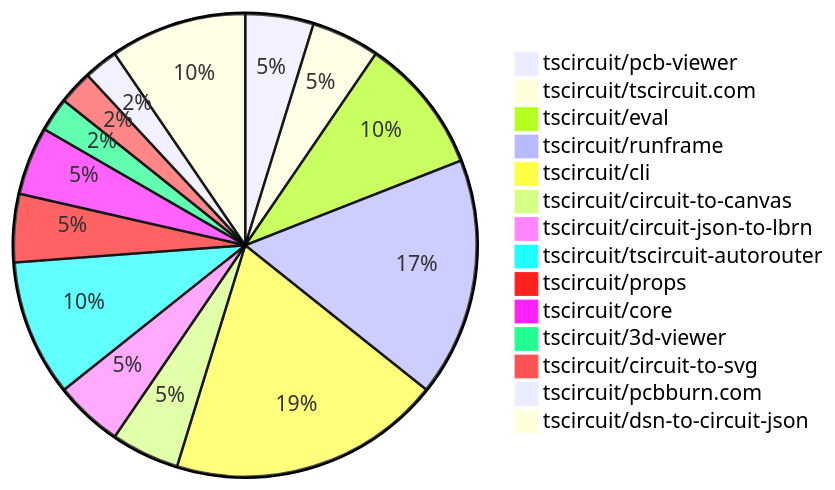
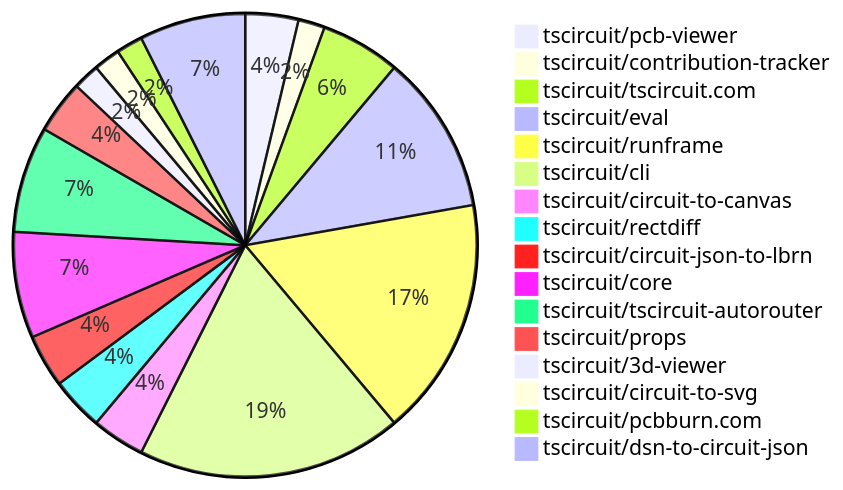
The first of 2 diagrams in README.md (tscircuit/contribution-tracker), drawn with Mermaid before and after one commit. The commit also changed other lines of this file and 3 other files, not shown here.

````diff
--- a/README.md
+++ b/README.md
@@ -37,17 +37,19 @@
 ```mermaid
 pie
     "tscircuit/pcb-viewer" : 2
-    "tscircuit/tscircuit.com" : 2
-    "tscircuit/eval" : 4
-    "tscircuit/runframe" : 7
-    "tscircuit/cli" : 8
+    "tscircuit/contribution-tracker" : 1
+    "tscircuit/tscircuit.com" : 3
+    "tscircuit/eval" : 6
+    "tscircuit/runframe" : 9
+    "tscircuit/cli" : 10
     "tscircuit/circuit-to-canvas" : 2
+    "tscircuit/rectdiff" : 2
     "tscircuit/circuit-json-to-lbrn" : 2
+    "tscircuit/core" : 4
     "tscircuit/tscircuit-autorouter" : 4
     "tscircuit/props" : 2
-    "tscircuit/core" : 2
     "tscircuit/3d-viewer" : 1
     "tscircuit/circuit-to-svg" : 1
     "tscircuit/pcbburn.com" : 1
     "tscircuit/dsn-to-circuit-json" : 4
 ```
````
